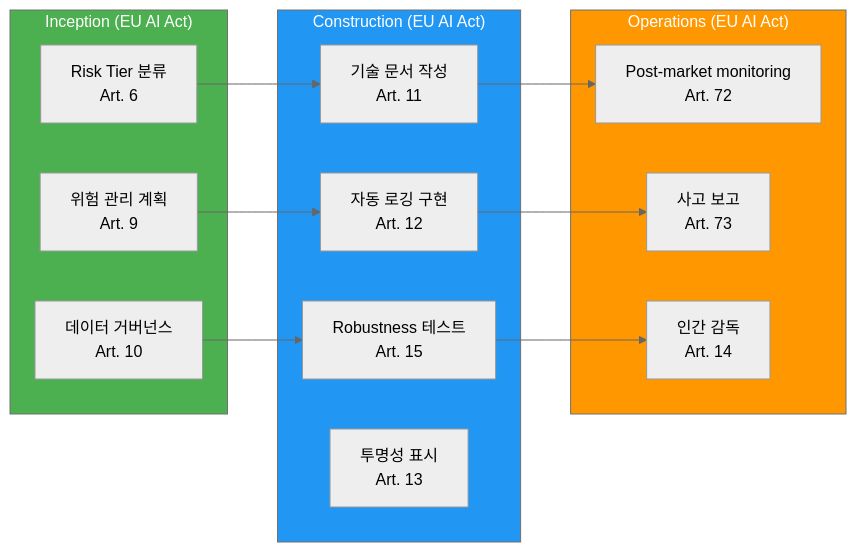
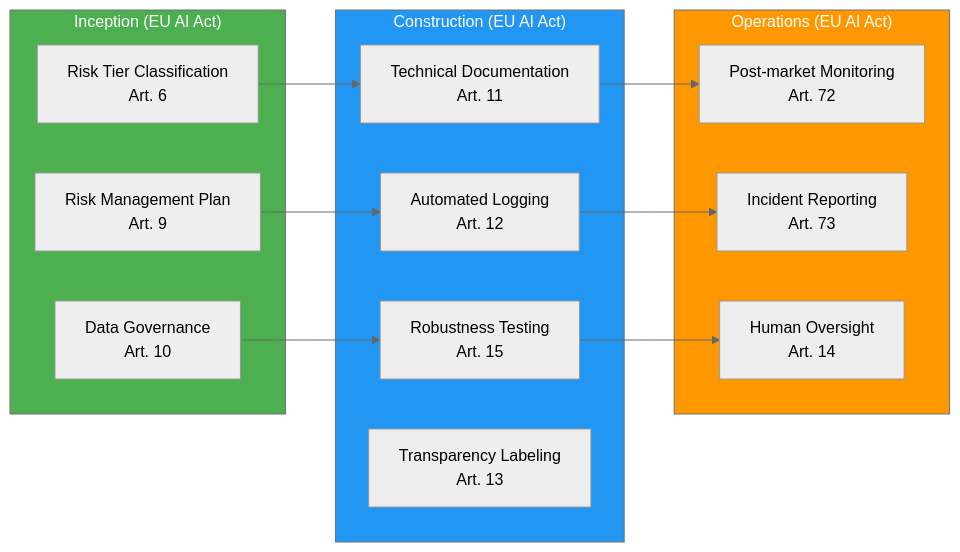
One commit to devfloor9/engineering-playbook changed the diagram in docs/aidlc/enterprise/regulatory-compliance/frameworks/eu-ai-act.md. Above: the diagram before and after it, drawn with Mermaid (neutral theme). The commit also changed other lines of this file and 954 other files, not shown here.

````diff
--- a/docs/aidlc/enterprise/regulatory-compliance/frameworks/eu-ai-act.md
+++ b/docs/aidlc/enterprise/regulatory-compliance/frameworks/eu-ai-act.md
@@ -102,32 +102,32 @@
 ```mermaid
 flowchart LR
     subgraph Inception["Inception (EU AI Act)"]
-        I1[Risk Tier 분류<br/>Art. 6]
-        I2[위험 관리 계획<br/>Art. 9]
-        I3[데이터 거버넌스<br/>Art. 10]
+        I1[Risk Tier Classification<br/>Art. 6]
+        I2[Risk Management Plan<br/>Art. 9]
+        I3[Data Governance<br/>Art. 10]
     end
 
     subgraph Construction["Construction (EU AI Act)"]
-        C1[기술 문서 작성<br/>Art. 11]
-        C2[자동 로깅 구현<br/>Art. 12]
-        C3[Robustness 테스트<br/>Art. 15]
-        C4[투명성 표시<br/>Art. 13]
+        C1[Technical Documentation<br/>Art. 11]
+        C2[Automated Logging<br/>Art. 12]
+        C3[Robustness Testing<br/>Art. 15]
+        C4[Transparency Labeling<br/>Art. 13]
     end
 
     subgraph Operations["Operations (EU AI Act)"]
-        O1[Post-market monitoring<br/>Art. 72]
-        O2[사고 보고<br/>Art. 73]
-        O3[인간 감독<br/>Art. 14]
+        O1[Post-market Monitoring<br/>Art. 72]
+        O2[Incident Reporting<br/>Art. 73]
+        O3[Human Oversight<br/>Art. 14]
     end
 
     I1 --> C1
     I2 --> C2
     I3 --> C3
     C1 --> O1
     C2 --> O2
     C3 --> O3
 
     style Inception fill:#4caf50,color:#fff
     style Construction fill:#2196f3,color:#fff
     style Operations fill:#ff9800,color:#fff
 ```
````
